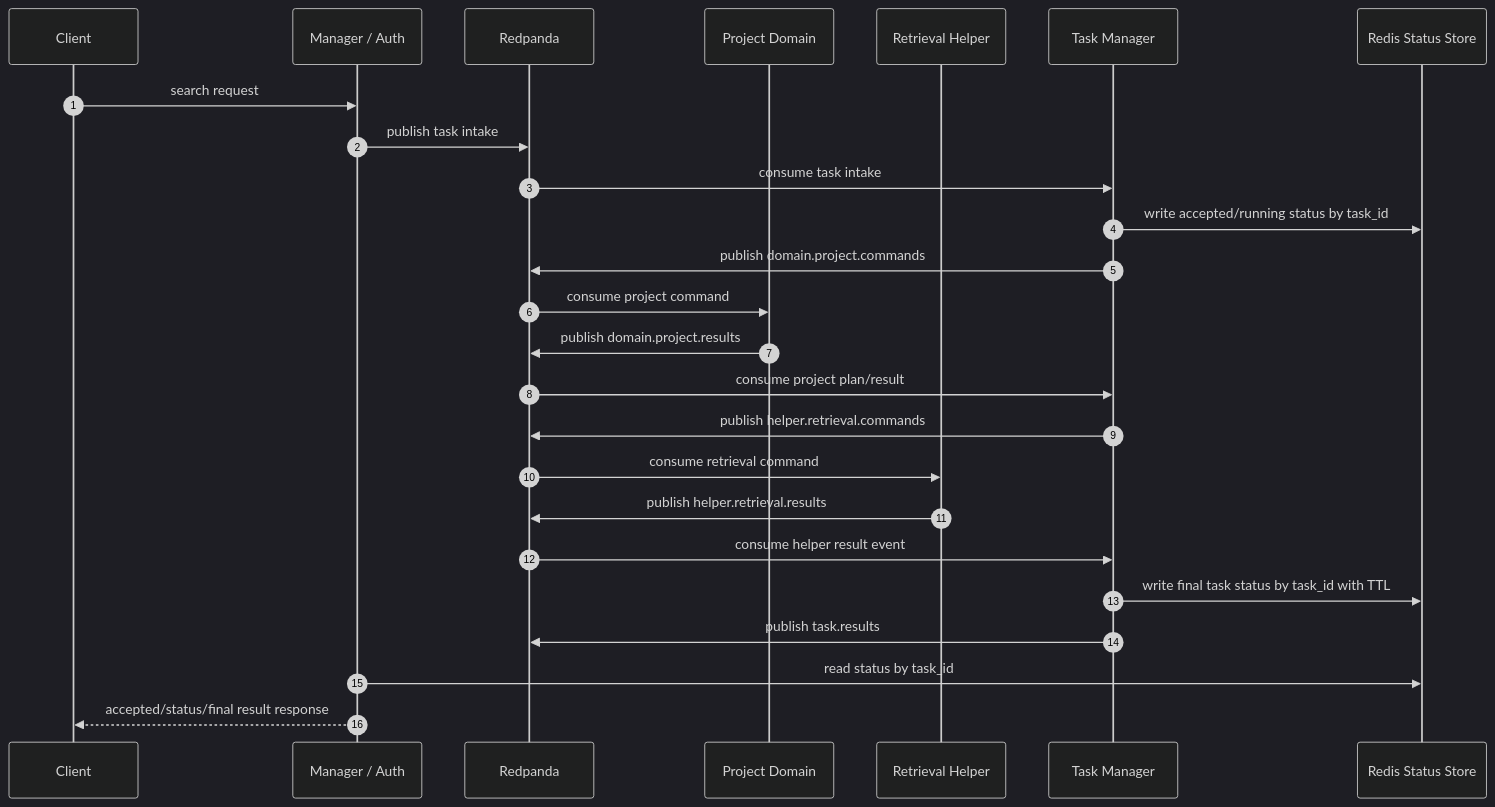
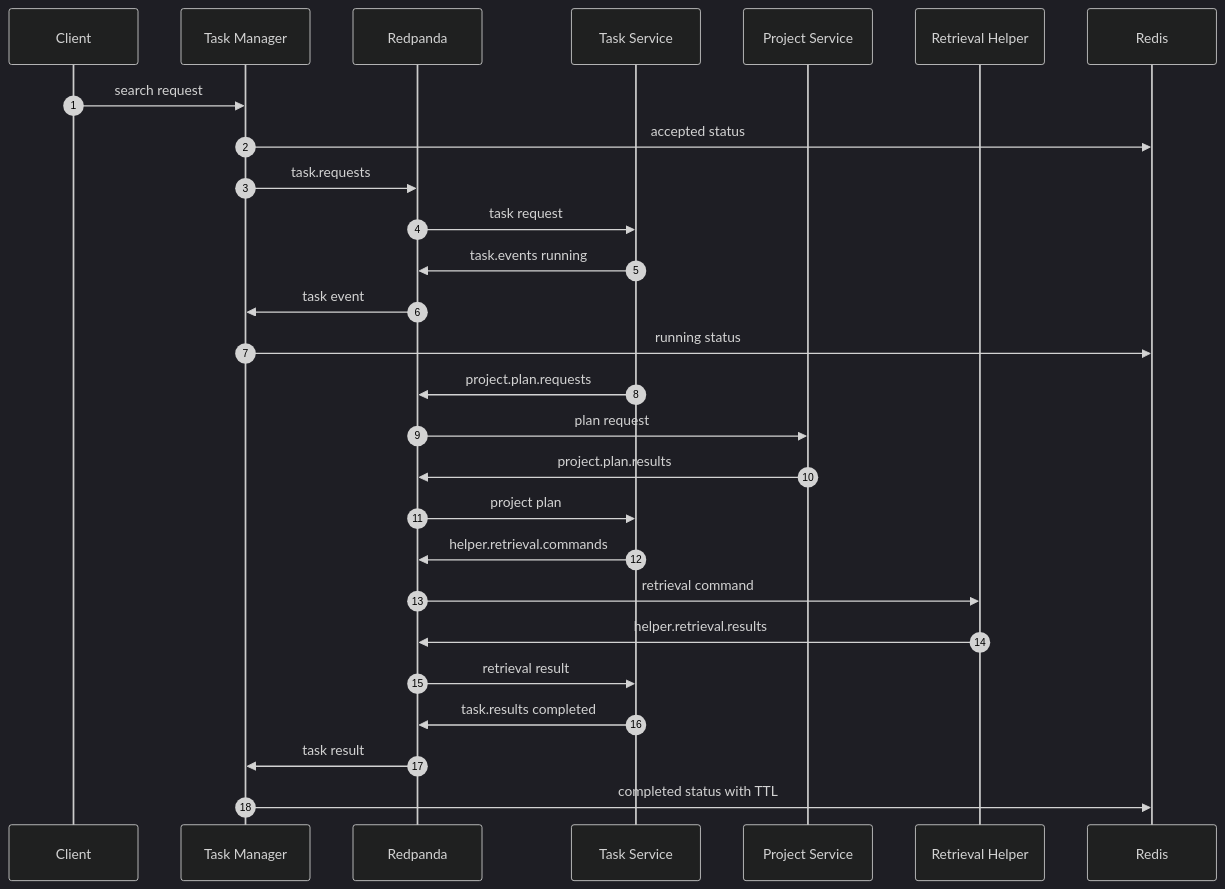
The fourth of 4 diagrams in progress.md (bruuuuuceliu/qdrant_rag_server), drawn with Mermaid (dark theme) before and after one commit. The commit also changed other lines of this file and 324 other files, not shown here.

````diff
--- a/progress.md
+++ b/progress.md
@@ -112,28 +148,30 @@
 ```mermaid
 sequenceDiagram
     autonumber
     participant C as Client
-    participant M as Manager / Auth
+    participant TM as Task Manager
     participant B as Redpanda
-    participant P as Project Domain
+    participant TS as Task Service
+    participant P as Project Service
     participant R as Retrieval Helper
-    participant T as Task Manager
-    participant Redis as Redis Status Store
+    participant Redis as Redis
 
-    C->>M: search request
-    M->>B: publish task intake
-    B->>T: consume task intake
-    T->>Redis: write accepted/running status by task_id
-    T->>B: publish domain.project.commands
-    B->>P: consume project command
-    P->>B: publish domain.project.results
-    B->>T: consume project plan/result
-    T->>B: publish helper.retrieval.commands
-    B->>R: consume retrieval command
-    R->>B: publish helper.retrieval.results
-    B->>T: consume helper result event
-    T->>Redis: write final task status by task_id with TTL
-    T->>B: publish task.results
-    M->>Redis: read status by task_id
-    M-->>C: accepted/status/final result response
+    C->>TM: search request
+    TM->>Redis: accepted status
+    TM->>B: task.requests
+    B->>TS: task request
+    TS->>B: task.events running
+    B->>TM: task event
+    TM->>Redis: running status
+    TS->>B: project.plan.requests
+    B->>P: plan request
+    P->>B: project.plan.results
+    B->>TS: project plan
+    TS->>B: helper.retrieval.commands
+    B->>R: retrieval command
+    R->>B: helper.retrieval.results
+    B->>TS: retrieval result
+    TS->>B: task.results completed
+    B->>TM: task result
+    TM->>Redis: completed status with TTL
 ```
````
